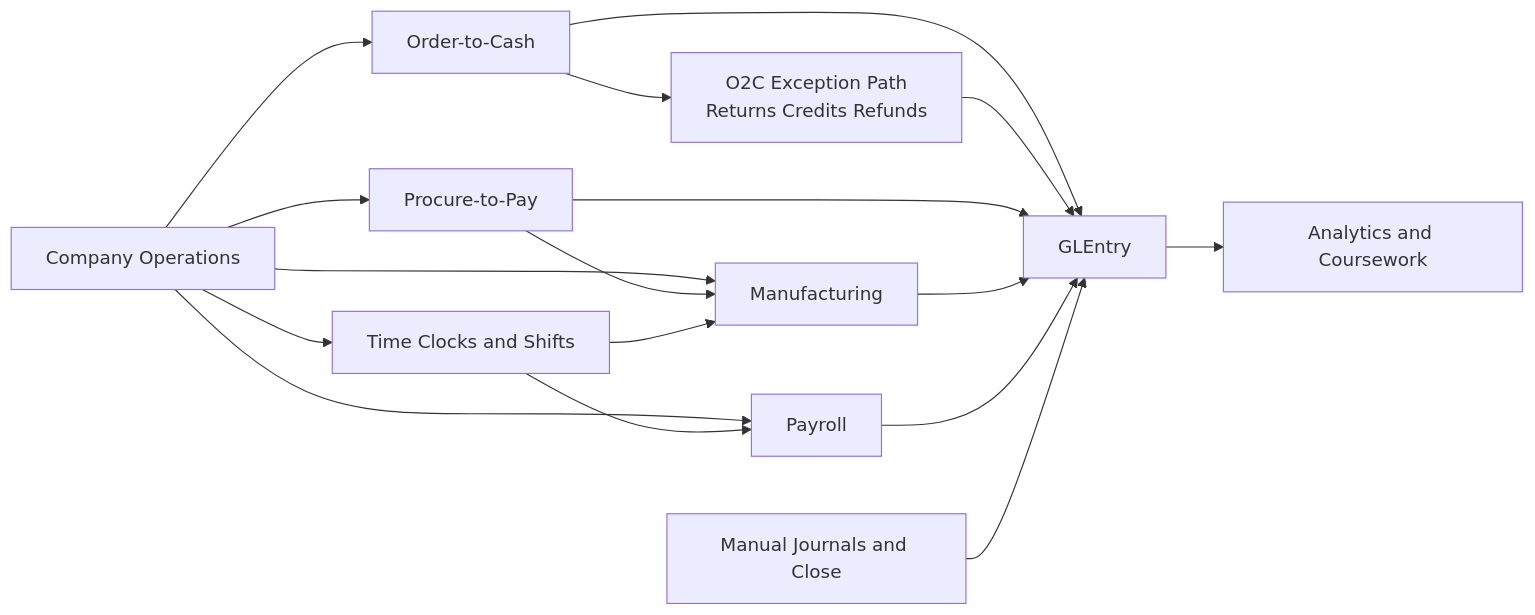
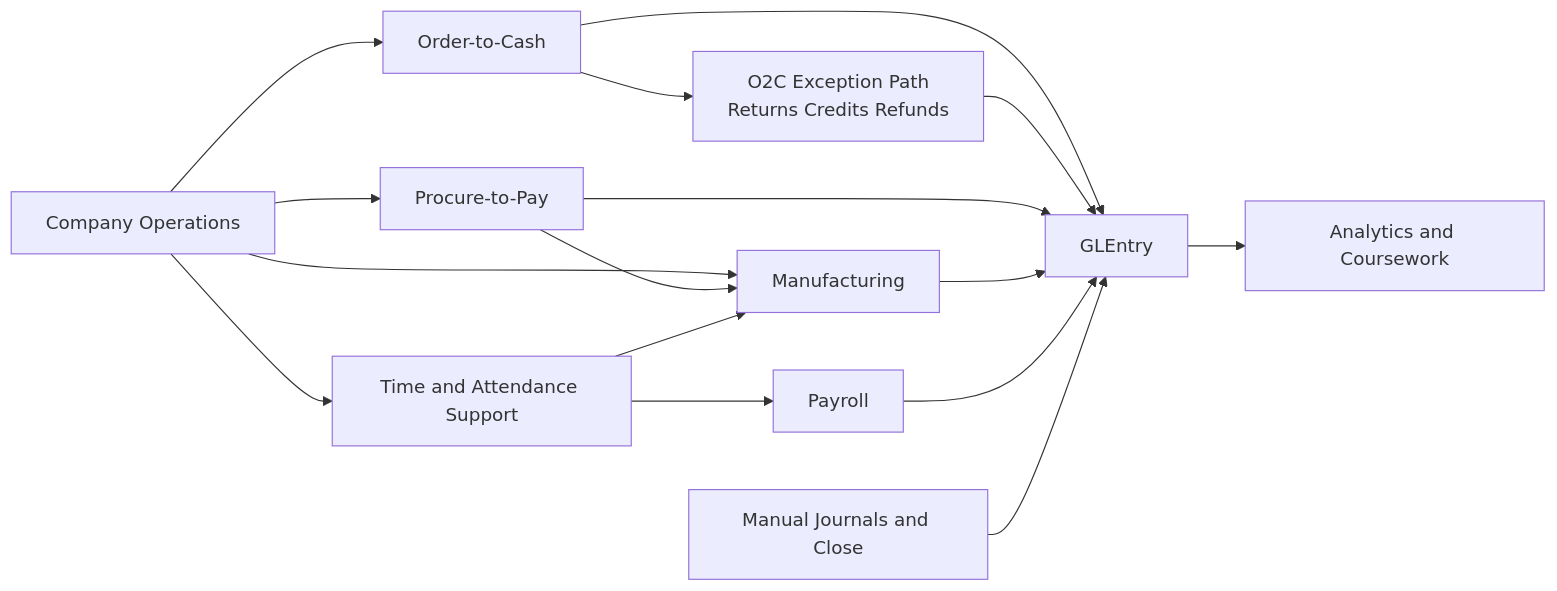
Before and after one commit to mmcodesso/CharlesRiver_Database: the first of 2 diagrams in docs/learn-the-business/process-flows.md, drawn with Mermaid. The commit also changed other lines of this file and 6 other files, not shown here.

````diff
--- a/docs/learn-the-business/process-flows.md
+++ b/docs/learn-the-business/process-flows.md
@@ -27,30 +26,29 @@
 ```mermaid
 flowchart LR
     STORY[Company Operations]
     O2C[Order-to-Cash]
     O2CEX[O2C Exception Path<br/>Returns Credits Refunds]
     P2P[Procure-to-Pay]
     MFG[Manufacturing]
+    TIME[Time and Attendance Support]
     PAY[Payroll]
-    TC[Time Clocks and Shifts]
     JE[Manual Journals and Close]
     GL[GLEntry]
     AN[Analytics and Coursework]
 
     STORY --> O2C
     STORY --> P2P
     STORY --> MFG
-    STORY --> PAY
-    STORY --> TC
+    STORY --> TIME
     O2C --> O2CEX
     P2P --> MFG
-    TC --> PAY
-    TC --> MFG
+    TIME --> PAY
+    TIME --> MFG
     O2C --> GL
     O2CEX --> GL
     P2P --> GL
     MFG --> GL
     PAY --> GL
     JE --> GL
     GL --> AN
 ```
````
